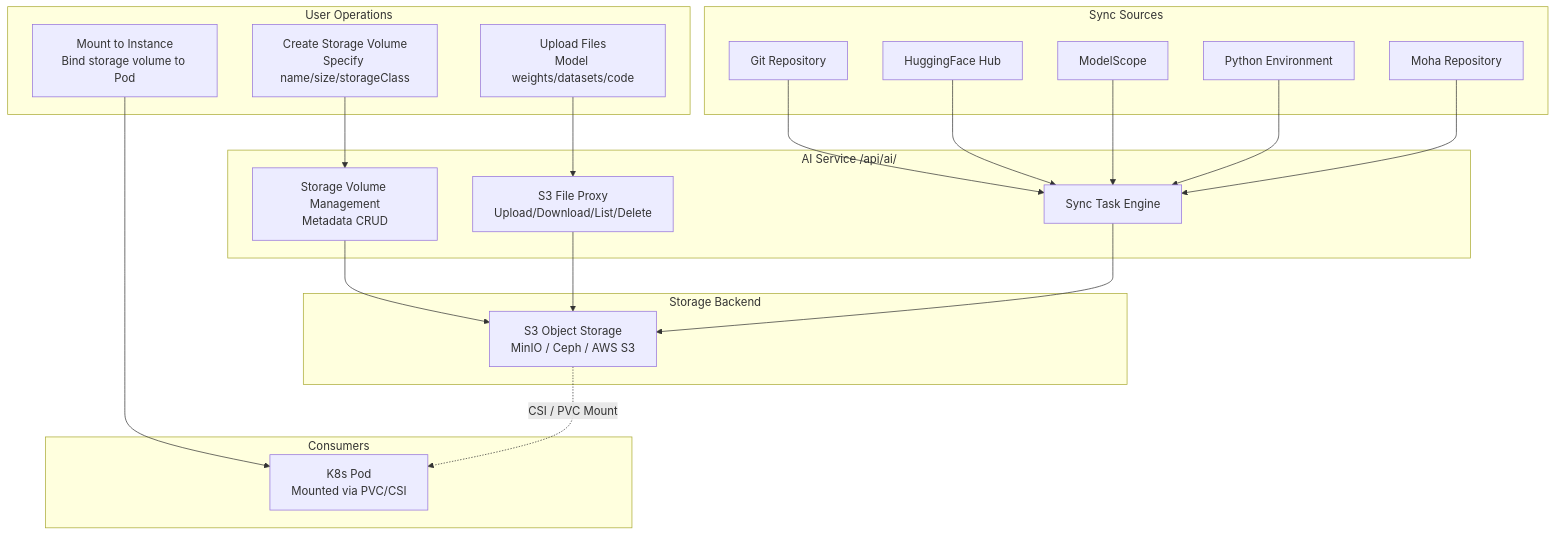
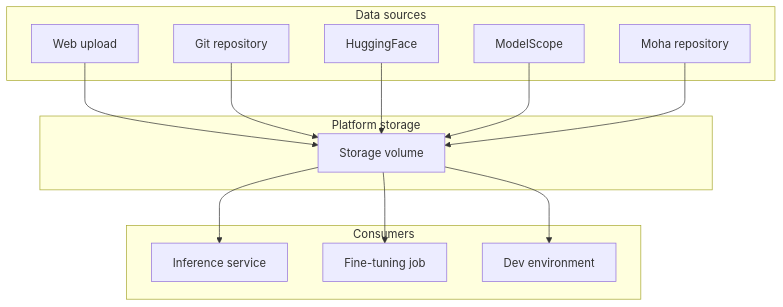
One commit to poxiaoyun/docs changed the sixth of 6 diagrams in src/pages/docs/en/02.guide/02.architecture.md. Above: the diagram before and after it, drawn with Mermaid. The commit also changed other lines of this file and 463 other files, not shown here.

````diff
--- a/src/pages/docs/en/02.guide/02.architecture.md
+++ b/src/pages/docs/en/02.guide/02.architecture.md
@@ -694,46 +239,30 @@
 ```mermaid
 graph TD
-    subgraph "User Operations"
-        UI_Create["Create Storage Volume<br/>Specify name/size/storageClass"]
-        UI_Upload["Upload Files<br/>Model weights/datasets/code"]
-        UI_Mount["Mount to Instance<br/>Bind storage volume to Pod"]
+    subgraph "Data sources"
+        Upload["Web upload"]
+        Git["Git repository"]
+        HF["HuggingFace"]
+        MS["ModelScope"]
+        Moha["Moha repository"]
     end
 
-    subgraph "AI Service /api/ai/"
-        Vol["Storage Volume Management<br/>Metadata CRUD"]
-        S3Proxy["S3 File Proxy<br/>Upload/Download/List/Delete"]
-        SyncJob["Sync Task Engine"]
-    end
-
-    subgraph "Sync Sources"
-        Git["Git Repository"]
-        HF["HuggingFace Hub"]
-        MS["ModelScope"]
-        PyEnv["Python Environment"]
-        MohaRepo["Moha Repository"]
-    end
-
-    subgraph "Storage Backend"
-        S3["S3 Object Storage<br/>MinIO / Ceph / AWS S3"]
+    subgraph "Platform storage"
+        Vol["Storage volume"]
     end
 
     subgraph "Consumers"
-        Instance["K8s Pod<br/>Mounted via PVC/CSI"]
+        Inference["Inference service"]
+        Finetune["Fine-tuning job"]
+        DevEnv["Dev environment"]
     end
 
-    UI_Create --> Vol
-    UI_Upload --> S3Proxy
-    UI_Mount --> Instance
+    Upload --> Vol
+    Git --> Vol
+    HF --> Vol
+    MS --> Vol
+    Moha --> Vol
 
-    Vol --> S3
-    S3Proxy --> S3
-    SyncJob --> S3
-
-    Git --> SyncJob
-    HF --> SyncJob
-    MS --> SyncJob
-    PyEnv --> SyncJob
-    MohaRepo --> SyncJob
-
-    S3 -.->|CSI / PVC Mount| Instance
+    Vol --> Inference
+    Vol --> Finetune
+    Vol --> DevEnv
 ```
````
